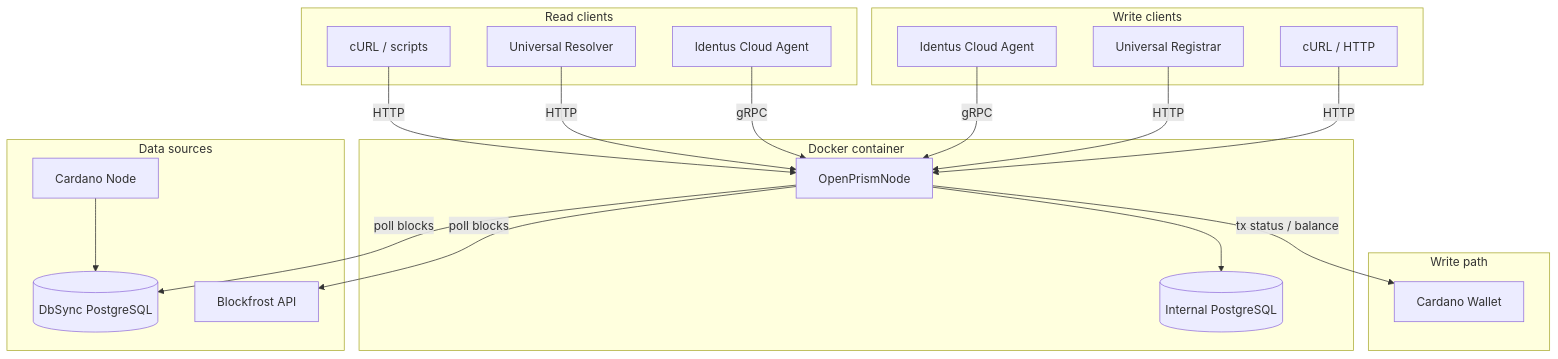
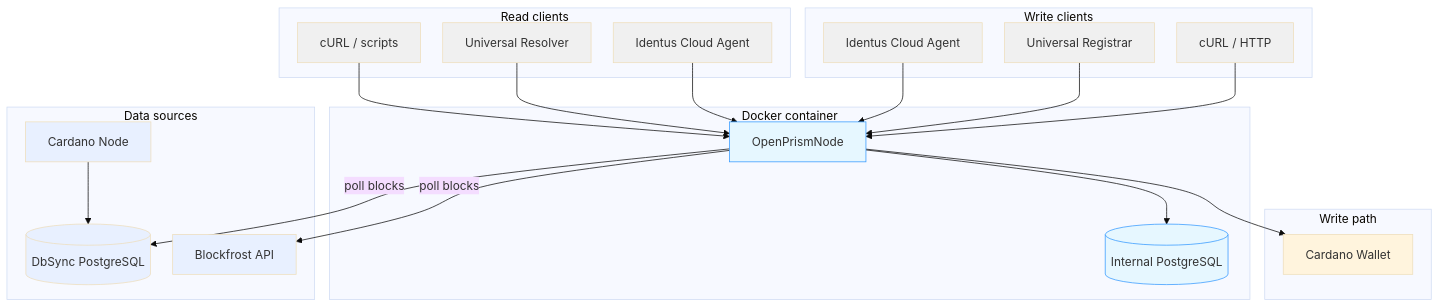
The diagram in docs/Architecture.md (bsandmann/OpenPrismNode), drawn with Mermaid before and after one commit.

Commit message:
some other mermaid styles

`````diff
--- a/docs/Architecture.md
+++ b/docs/Architecture.md
@@ -5,53 +5,60 @@
 ```mermaid
-graph TD
-%% Read‑only clients (top)
-   subgraph "Read clients"
-      CurlRead[cURL / scripts]
-      UR[Universal Resolver]
-      IdentusRead[Identus Cloud Agent]
-   end
+%%{ init: {"theme":"base","flowchart":{"useMaxWidth":false,"nodeSpacing":30,"rankSpacing":40}} }%%
+flowchart TD
+    %% === Style definitions ===
+    classDef docker fill:#fff5e6,stroke:#333,stroke-width:1px;
+    classDef internal fill:#e6f7ff,stroke:#3399ff,stroke-width:1px;
+    classDef ds fill:#e8f0ff;
+    classDef client fill:#f0f0f0;
 
-%% Write‑capable clients
-   subgraph "Write clients"
-      IdentusWrite[Identus Cloud Agent]
-      UniRegistrar[Universal Registrar]
-      CurlWrite[cURL / HTTP]
-   end
+    %% === Read-only clients ===
+    subgraph "Read clients"
+        CurlRead["cURL / scripts"]:::client
+        UR["Universal Resolver"]:::client
+        IdentusRead["Identus Cloud Agent"]:::client
+    end
 
-%% Docker container with OPN & internal DB
-   subgraph "Docker container"
-      OPN[OpenPrismNode]
-      InternalDB[(Internal PostgreSQL)]
-      OPN --> InternalDB
-   end
+    %% === Write-capable clients ===
+    subgraph "Write clients"
+        IdentusWrite["Identus Cloud Agent"]:::client
+        UniRegistrar["Universal Registrar"]:::client
+        CurlWrite["cURL / HTTP"]:::client
+    end
 
-%% Data sources (bottom)
-   subgraph "Data sources"
-      CardanoNode[Cardano Node]
-      DbSync[(DbSync PostgreSQL)]
-      CardanoNode --> DbSync
-      Blockfrost[Blockfrost API]
-   end
+    %% === Core node + internal DB in Docker ===
+    subgraph "Docker container"
+        OPN["OpenPrismNode"]:::internal
+        InternalDB[("Internal PostgreSQL")]:::internal
+        OPN --> InternalDB
+    end
 
-%% Wallet path (bottom)
-   subgraph "Write path"
-      Wallet[Cardano Wallet]
-   end
+    %% === Data sources ===
+    subgraph "Data sources"
+        CardanoNode["Cardano Node"]:::ds
+        DbSync[("DbSync PostgreSQL")]:::ds
+        Blockfrost["Blockfrost API"]:::ds
+        CardanoNode --> DbSync
+    end
 
-%% Ingestion edges (polling)
-   OPN -->|poll blocks| DbSync
-   OPN -->|poll blocks| Blockfrost
+    %% === Wallet ===
+    subgraph "Write path"
+        Wallet["Cardano Wallet"]
+    end
 
-%% Read edges (incoming)
-   CurlRead -->|HTTP| OPN
-   UR -->|HTTP| OPN
-   IdentusRead -->|gRPC| OPN
+    %% === Ingestion ===
+    OPN -->|poll blocks| DbSync
+    OPN -->|poll blocks| Blockfrost
 
-%% Write edges (incoming)
-   IdentusWrite -->|gRPC| OPN
-   UniRegistrar -->|HTTP| OPN
-   CurlWrite -->|HTTP| OPN
+    %% === Read traffic ===
+    CurlRead --> OPN
+    UR --> OPN
+    IdentusRead --> OPN
 
-%% Wallet feedback
-   OPN -->|tx status / balance| Wallet
-````
+    %% === Write traffic ===
+    IdentusWrite --> OPN
+    UniRegistrar --> OPN
+    CurlWrite --> OPN
+
+    %% === Wallet feedback ===
+    OPN --> Wallet
+```
`````
